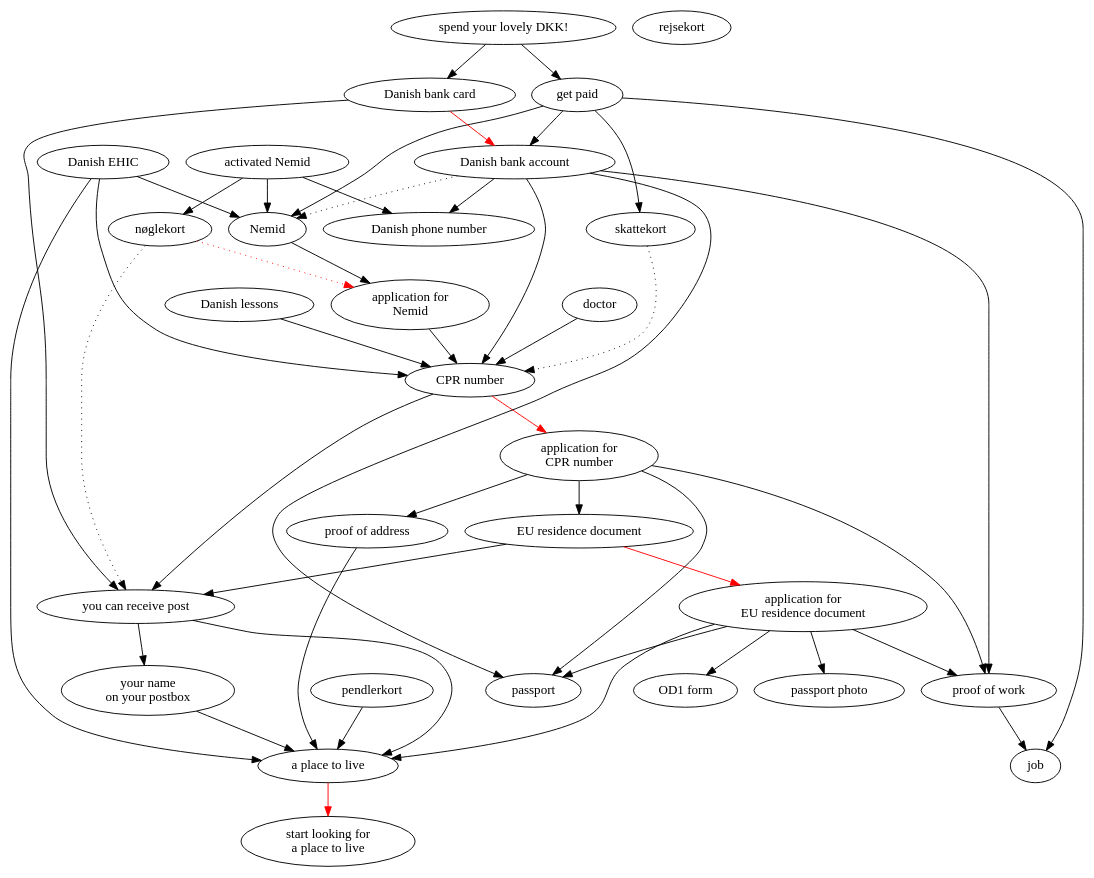
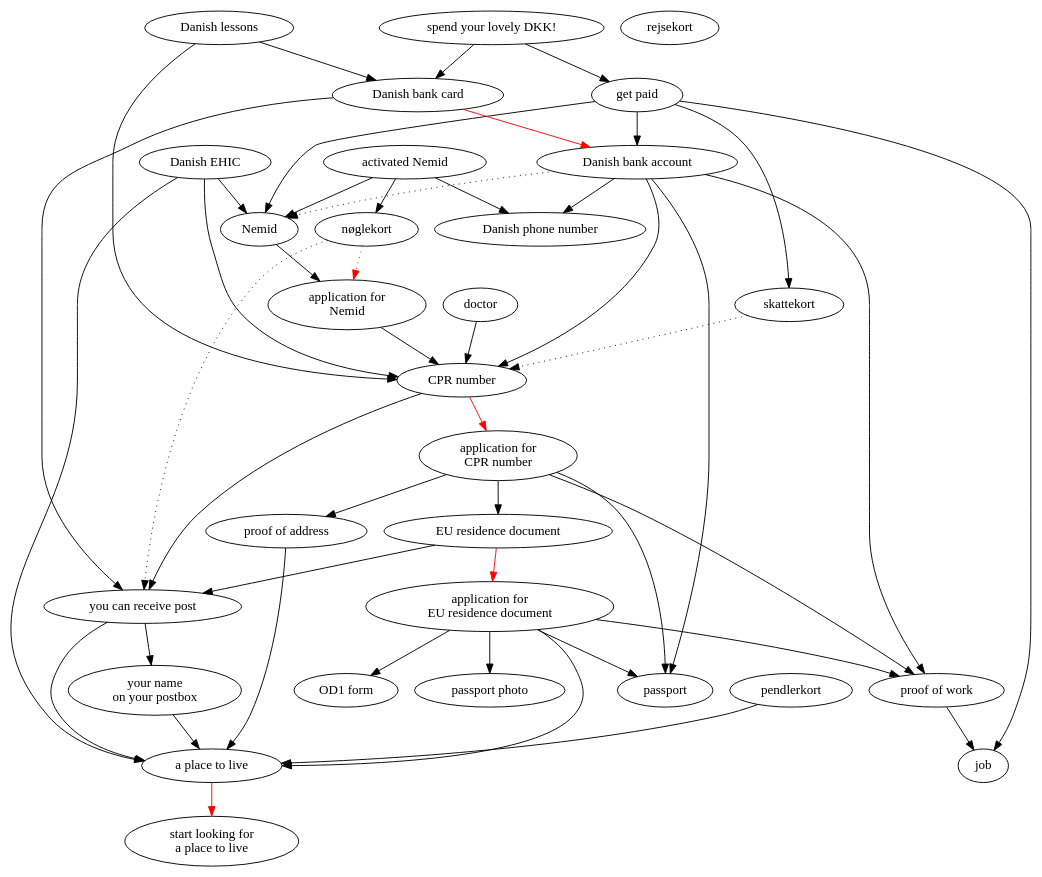
One commit to NoahBohme/emigrerer-til-danmark changed the diagram in flytter-til-danmark.dot. Above: the diagram before and after it, drawn with Graphviz. The commit also changed 1 other file, not shown here.

Commit message:
Jeg har fundet ud af, at dansk lektioner er afhængige af et bank kort.

```diff
--- a/flytter-til-danmark.dot
+++ b/flytter-til-danmark.dot
@@ -1,99 +1,100 @@
 digraph g {
   job
   proof_of_work [ label="proof of work" ]
   proof_of_work -> job
 
   passport
 
   danish_phone_number [ label="Danish phone number" ]
   rejsekort
 
   start_looking_for_place_to_live [ label="start looking for\na place to live" ]
   place_to_live [ label="a place to live" ]
   place_to_live -> start_looking_for_place_to_live [ color="red" ]
 
   name_on_postbox [ label="your name\non your postbox" ]
   name_on_postbox -> place_to_live
 
   can_receive_post [ label="you can receive post" ]
   can_receive_post -> place_to_live
   can_receive_post -> name_on_postbox
 
   pendlerkort
   pendlerkort -> place_to_live
 
   eu_residence_document_application [ label="application for\nEU residence document" ]
   eu_residence_document_application -> place_to_live
   eu_residence_document_application -> proof_of_work
   eu_residence_document_application -> passport
   eu_residence_document_application -> od1_form
   od1_form [ label="OD1 form" ]
   passport_photo [ label="passport photo" ]
   eu_residence_document_application -> passport_photo
 
   eu_residence_document [ label="EU residence document" ]
   eu_residence_document -> eu_residence_document_application [ color="red" ]
   eu_residence_document -> can_receive_post
 
   cpr_number_application [ label="application for\nCPR number" ]
   cpr_number_application -> eu_residence_document
   cpr_number_application -> proof_of_work
   cpr_number_application -> proof_of_address
   cpr_number_application -> passport
 
   cpr_number [ label="CPR number" ]
   cpr_number -> cpr_number_application [ color="red" ]
   cpr_number -> can_receive_post
 
   proof_of_address [ label="proof of address" ]
   proof_of_address -> place_to_live
 
   skattekort
   skattekort -> cpr_number [ style="dotted" ]
 
   nemid_application [ label="application for\nNemid" ]
   nemid_application -> cpr_number
   nemid [ label="Nemid" ]
   nemid -> nemid_application
 
   danish_bank_account [ label="Danish bank account" ]
   danish_bank_account -> cpr_number
   danish_bank_account -> proof_of_work
   danish_bank_account -> nemid [ style="dotted" ]
   danish_bank_account -> passport
   danish_bank_account -> danish_phone_number
 
   activated_nemid [ label="activated Nemid" ]
   activated_nemid -> nemid
   activated_nemid -> danish_phone_number
   noglekort [ label="nøglekort" ]
   activated_nemid -> noglekort
   noglekort -> nemid_application [ style="dotted" color="red" ]
   noglekort -> can_receive_post [ style="dotted" ]
 
   ehic [ label="Danish EHIC" ]
   ehic -> cpr_number
   ehic -> nemid
   ehic -> place_to_live
 
   doctor
   doctor -> cpr_number
 
   get_paid [ label="get paid" ]
   get_paid -> job
   get_paid -> skattekort
   get_paid -> danish_bank_account
   get_paid -> nemid
 
   danish_lessions [ label="Danish lessons" ]
   danish_lessions -> cpr_number
+  danish_lessions -> danish_bank_card
 
   danish_bank_card [ label="Danish bank card" ]
   danish_bank_card -> danish_bank_account [ color="red" ]
   danish_bank_card -> can_receive_post
 
   spend_lovely_dkk [ label="spend your lovely DKK!" ]
   spend_lovely_dkk -> get_paid
   spend_lovely_dkk -> danish_bank_card
 
 }
```
